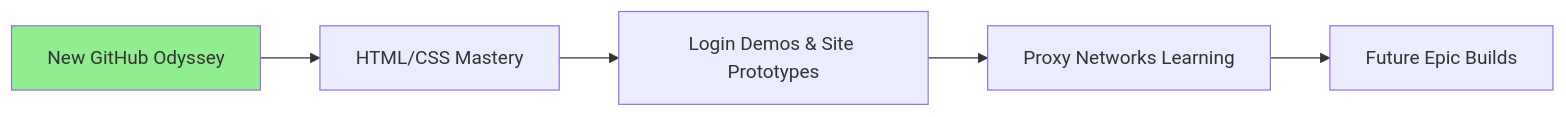
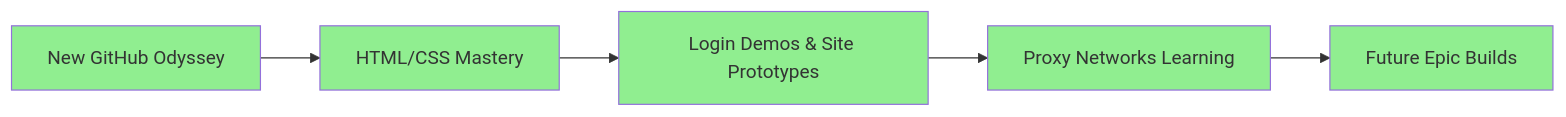
Before and after one commit to turtleboyagain120/turtleboyagain120: the diagram in README.md, drawn with Mermaid. The commit also changed other lines of this file, not shown here.

````diff
--- a/README.md
+++ b/README.md
@@ -7,8 +7,12 @@
 ```mermaid
 graph LR
 A[New GitHub Odyssey] --> B[HTML/CSS Mastery]
 B --> C[Login Demos & Site Prototypes]
 C --> D[Proxy Networks Learning]
 D --> E[Future Epic Builds]
 style A fill:#90EE90
+style B fill:#90EE90
+style C fill:#90EE90
+style D fill:#90EE90
+style E fill:#90EE90
 ```
````
